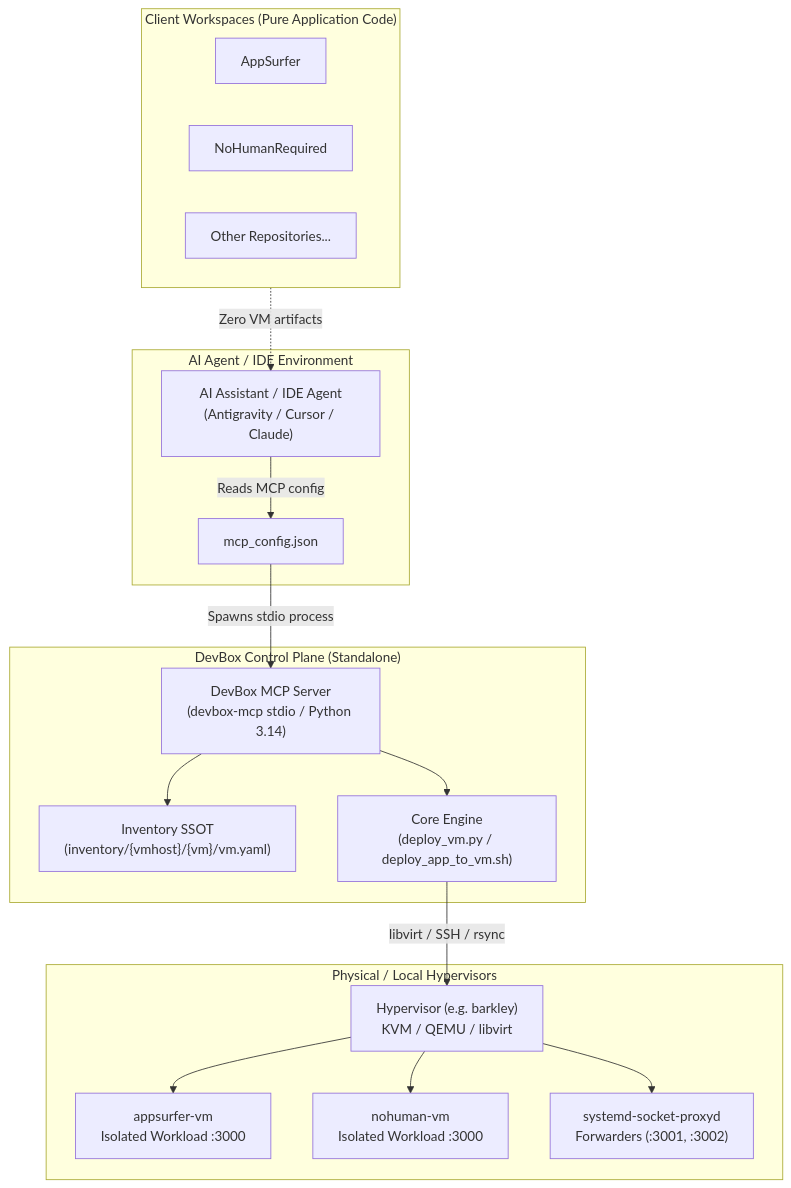
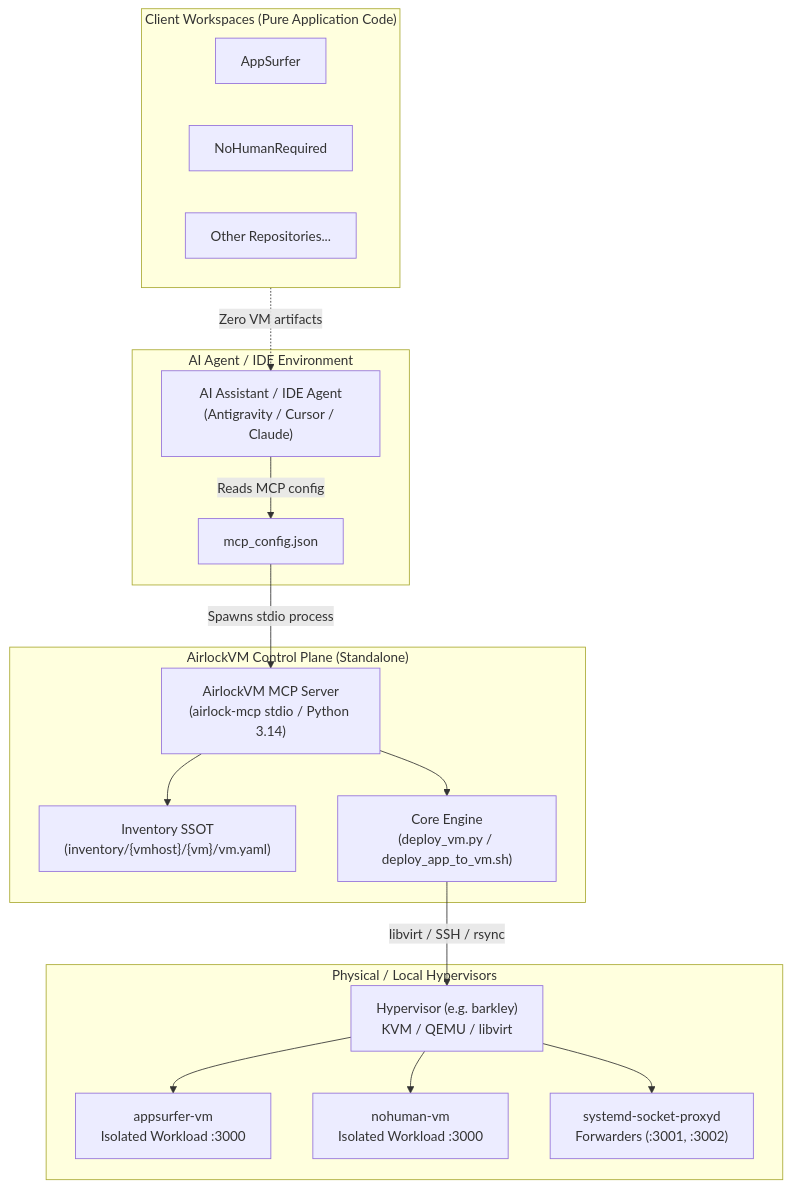
One commit to simplybarter/AirlockVM changed the diagram in docs/MCP_SERVER.md. Above: the diagram before and after it, drawn with Mermaid. The commit also changed other lines of this file and 64 other files, not shown here.

Commit message:
feat(rebrand): rebrand DevBox to AirlockVM with unified airlock CLI

````diff
--- a/docs/MCP_SERVER.md
+++ b/docs/MCP_SERVER.md
@@ -13,36 +13,36 @@
 ```mermaid
 flowchart TD
     subgraph ClientProjects["Client Workspaces (Pure Application Code)"]
         A["AppSurfer"]
         B["NoHumanRequired"]
         C["Other Repositories..."]
     end
 
     subgraph AgentEnvironment["AI Agent / IDE Environment"]
         IDE["AI Assistant / IDE Agent<br/>(Antigravity / Cursor / Claude)"]
         Config["mcp_config.json"]
     end
 
-    subgraph DevBoxControlPlane["DevBox Control Plane (Standalone)"]
-        MCP["DevBox MCP Server<br/>(devbox-mcp stdio / Python 3.14)"]
+    subgraph AirlockVMControlPlane["AirlockVM Control Plane (Standalone)"]
+        MCP["AirlockVM MCP Server<br/>(airlock-mcp stdio / Python 3.14)"]
         SSOT["Inventory SSOT<br/>(inventory/{vmhost}/{vm}/vm.yaml)"]
         Core["Core Engine<br/>(deploy_vm.py / deploy_app_to_vm.sh)"]
     end
 
     subgraph Hypervisors["Physical / Local Hypervisors"]
         Hyp["Hypervisor (e.g. barkley)<br/>KVM / QEMU / libvirt"]
         VM1["appsurfer-vm<br/>Isolated Workload :3000"]
         VM2["nohuman-vm<br/>Isolated Workload :3000"]
         Proxy["systemd-socket-proxyd<br/>Forwarders (:3001, :3002)"]
     end
 
     ClientProjects -.->|Zero VM artifacts| IDE
     IDE -->|Reads MCP config| Config
     Config -->|Spawns stdio process| MCP
     MCP --> SSOT
     MCP --> Core
     Core -->|libvirt / SSH / rsync| Hyp
     Hyp --> VM1
     Hyp --> VM2
     Hyp --> Proxy
 ```
````
